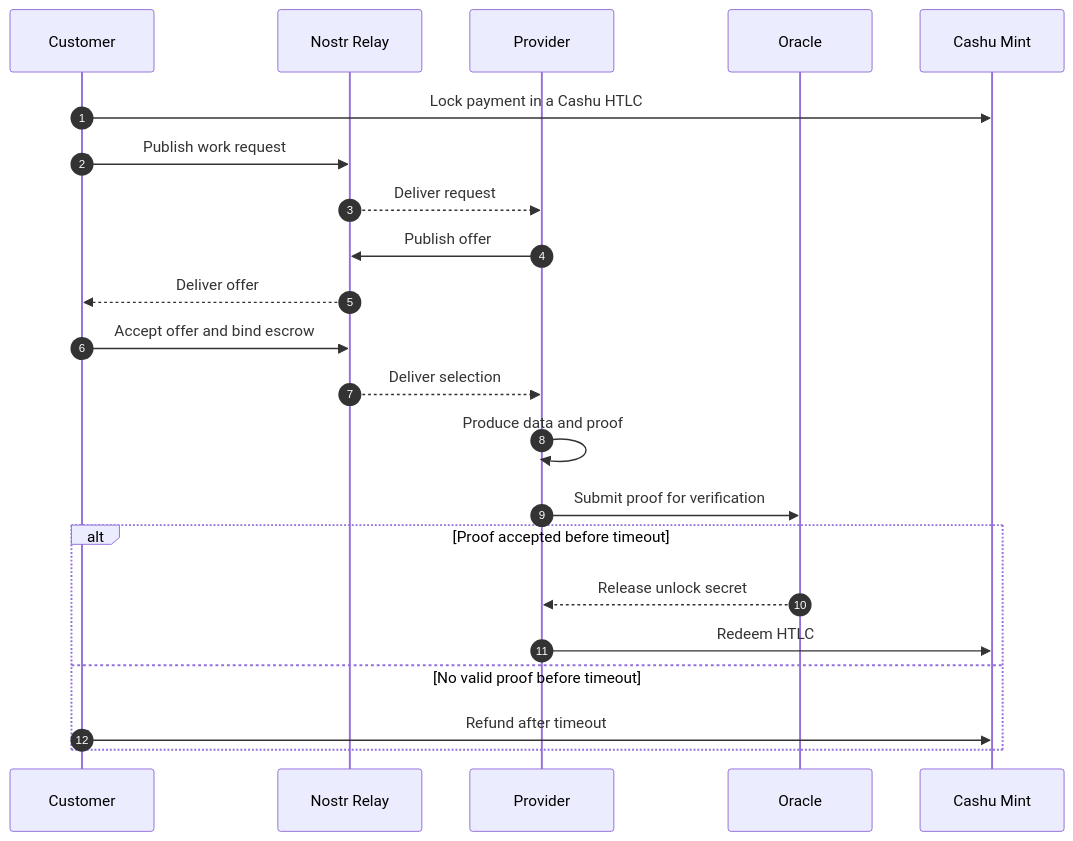
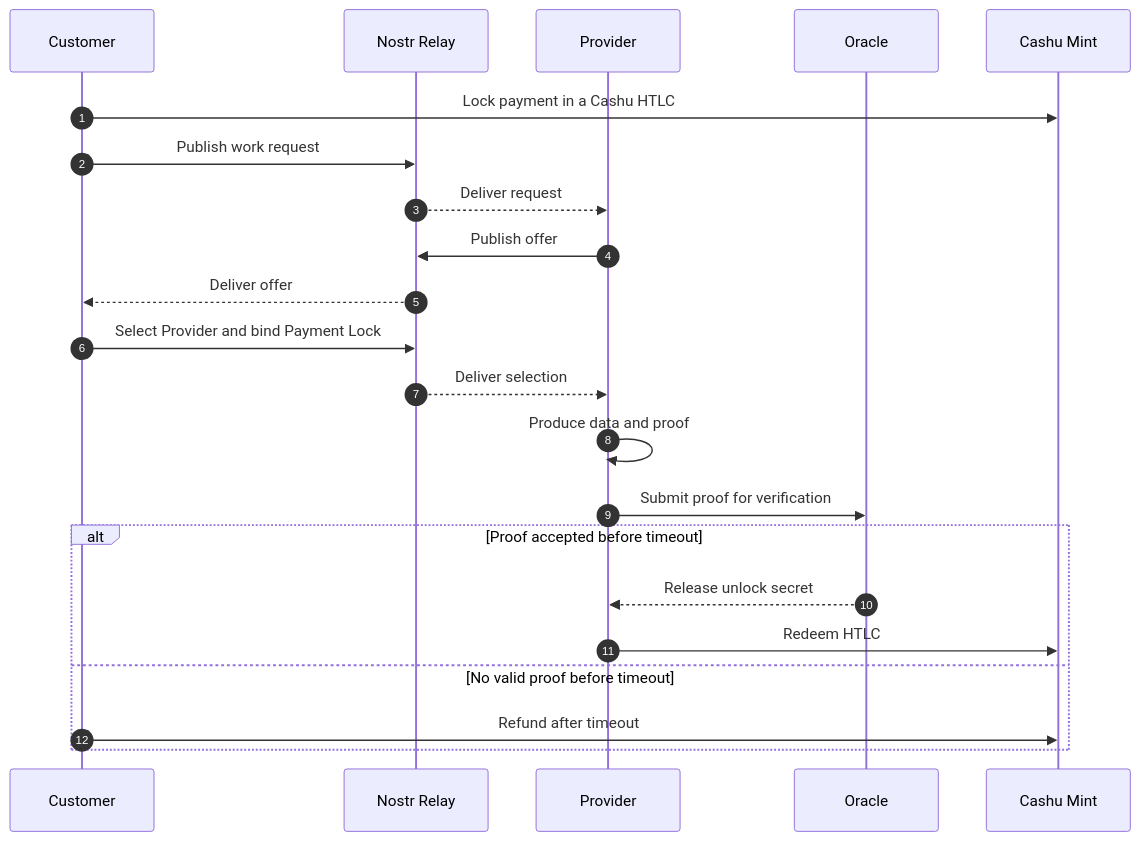
One commit to motxx/anchr changed the diagram in README.md. Above: the diagram before and after it, drawn with Mermaid. The commit also changed other lines of this file and 13 other files, not shown here.

````diff
--- a/README.md
+++ b/README.md
@@ -28,26 +29,26 @@
 ```mermaid
 sequenceDiagram
     autonumber
     participant Customer
     participant Relay as Nostr Relay
     participant Provider
     participant Oracle
     participant Mint as Cashu Mint
 
     Customer->>Mint: Lock payment in a Cashu HTLC
     Customer->>Relay: Publish work request
     Relay-->>Provider: Deliver request
     Provider->>Relay: Publish offer
     Relay-->>Customer: Deliver offer
-    Customer->>Relay: Accept offer and bind escrow
+    Customer->>Relay: Select Provider and bind Payment Lock
     Relay-->>Provider: Deliver selection
     Provider->>Provider: Produce data and proof
     Provider->>Oracle: Submit proof for verification
 
     alt Proof accepted before timeout
         Oracle-->>Provider: Release unlock secret
         Provider->>Mint: Redeem HTLC
     else No valid proof before timeout
         Customer->>Mint: Refund after timeout
     end
 ```
````
